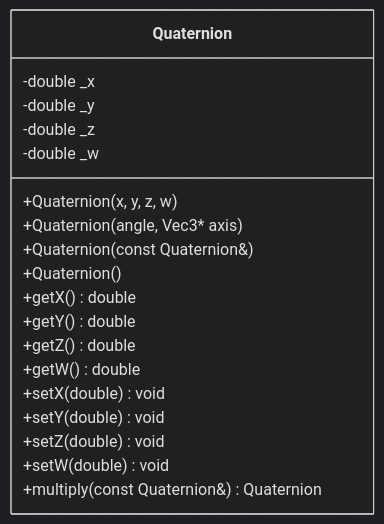
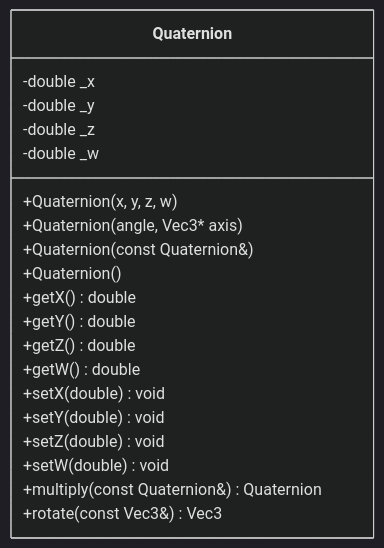
One commit to EtienneDumai/avionics changed the tenth of 10 diagrams in docs/classDiagram.md. Above: the diagram before and after it, drawn with Mermaid (dark theme). The commit also changed other lines of this file and 4 other files, not shown here.

````diff
--- a/docs/classDiagram.md
+++ b/docs/classDiagram.md
@@ -202,22 +204,23 @@
 ```mermaid
 classDiagram
     class Quaternion {
         -double _x
         -double _y
         -double _z
         -double _w
         +Quaternion(x, y, z, w)
         +Quaternion(angle, Vec3* axis)
         +Quaternion(const Quaternion&)
         +Quaternion()
         +getX() double
         +getY() double
         +getZ() double
         +getW() double
         +setX(double) void
         +setY(double) void
         +setZ(double) void
         +setW(double) void
         +multiply(const Quaternion&) Quaternion
+        +rotate(const Vec3&) Vec3
     }
 ```
````
